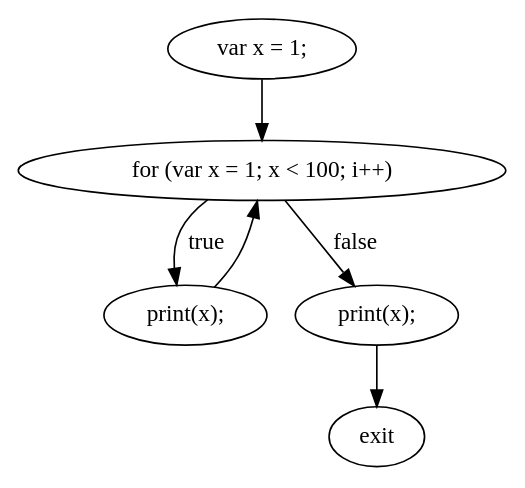
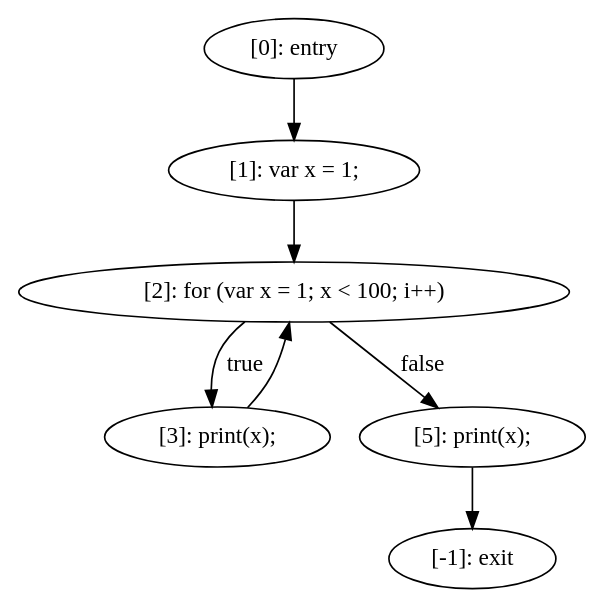
The diagram in JsRetest/jsTests/dotFiles/testFor.js.0.dot (Shoreray/JsRetest), drawn with Graphviz before and after one commit. The commit also changed 236 other files, not shown here.

```diff
--- a/JsRetest/jsTests/dotFiles/testFor.js.0.dot
+++ b/JsRetest/jsTests/dotFiles/testFor.js.0.dot
@@ -1,12 +1,14 @@
 digraph {
-"0" [label="exit"] 
-"1" [label="print(x);\n"] 
-"2" [label="print(x);\n"] 
-"3" [label="for (var x = 1; x < 100; i++) "] 
-"4" [label="var x = 1;\n"] 
+"0" [label="[2]: for (var x = 1; x < 100; i++) "] 
+"1" [label="[1]: var x = 1;\n"] 
+"2" [label="[3]: print(x);\n"] 
+"3" [label="[0]: entry"] 
+"4" [label="[5]: print(x);\n"] 
+"5" [label="[-1]: exit"] 
+"0" -> "4" [label="false"] 
+"0" -> "2" [label="true"] 
 "1" -> "0" [label=""] 
-"2" -> "3" [label=""] 
-"3" -> "1" [label="false"] 
-"3" -> "2" [label="true"] 
-"4" -> "3" [label=""] 
+"2" -> "0" [label=""] 
+"3" -> "1" [label=""] 
+"4" -> "5" [label=""] 
 }
```
